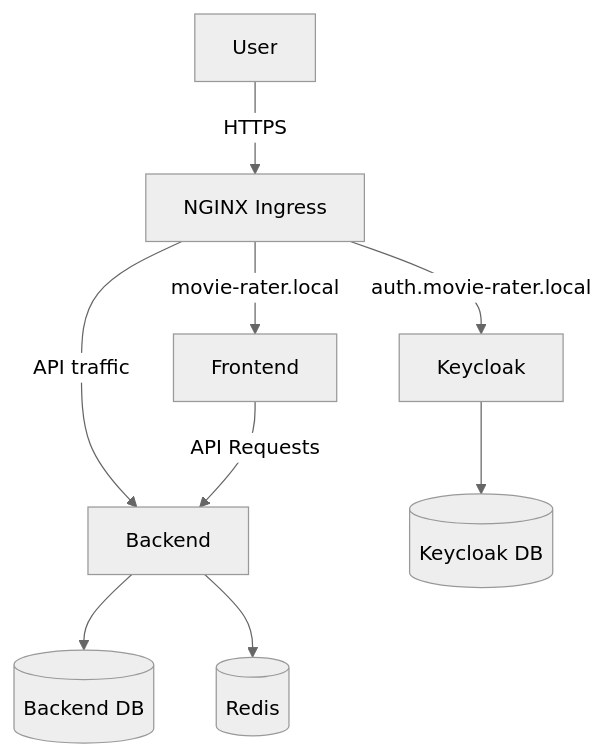
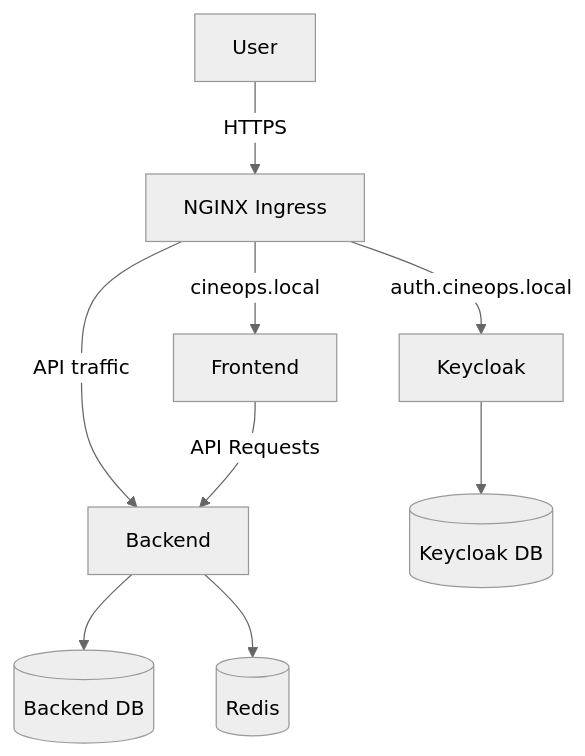
The diagram in README.md (MaksymWoloszynowski/CineOps), drawn with Mermaid (neutral theme) before and after one commit. The commit also changed other lines of this file and 29 other files, not shown here.

````diff
--- a/README.md
+++ b/README.md
@@ -47,17 +47,17 @@
 ```mermaid
 graph TD
     User[User]
 
     User -->|HTTPS| Ingress[NGINX Ingress]
 
-    Ingress -->|movie-rater.local| Frontend[Frontend]
+    Ingress -->|cineops.local| Frontend[Frontend]
     Ingress -->|API traffic| Backend[Backend]
-    Ingress -->|auth.movie-rater.local| Keycloak[Keycloak]
+    Ingress -->|auth.cineops.local| Keycloak[Keycloak]
 
     Frontend -->|API Requests| Backend
 
     Backend --> Backend_DB[(Backend DB)]
     Backend --> Redis[(Redis)]
 
     Keycloak --> Keycloak_DB[(Keycloak DB)]
 ```
````
